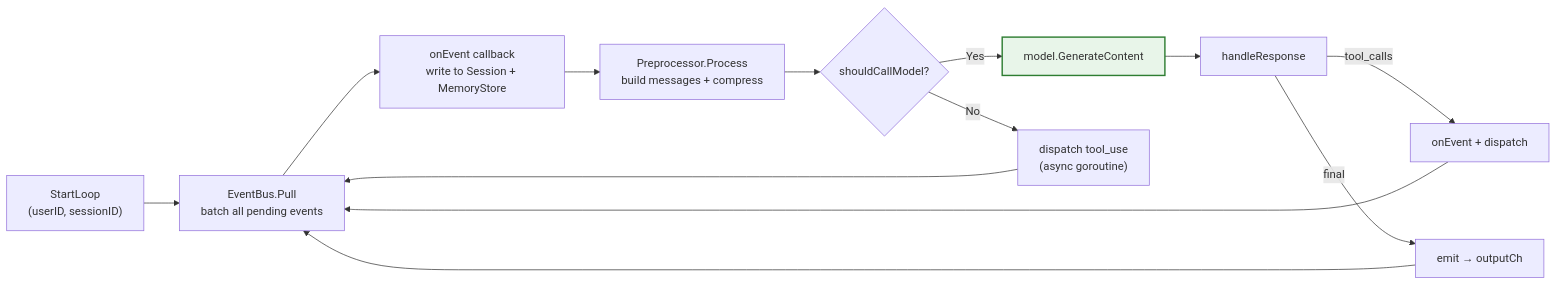
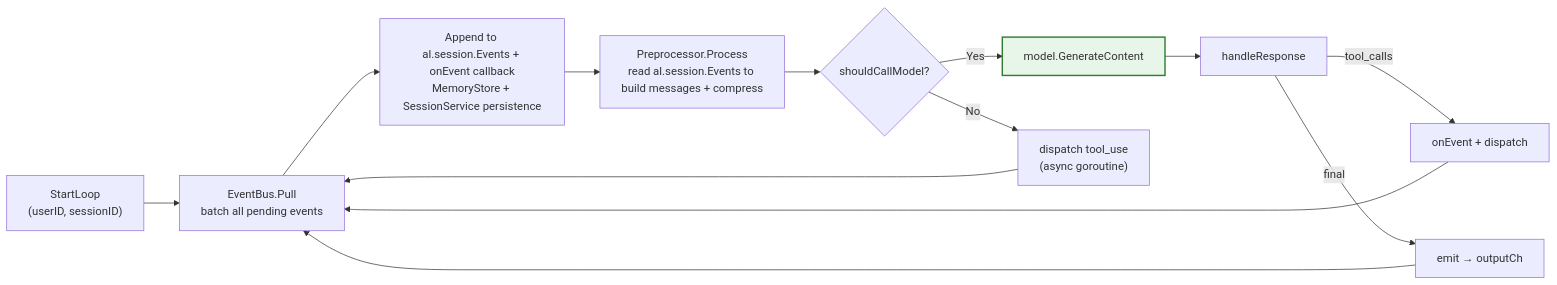
One commit to SpellingDragon/tagent changed the fourth of 8 diagrams in README_EN.md. Above: the diagram before and after it, drawn with Mermaid. The commit also changed other lines of this file and 6 other files, not shown here.

````diff
--- a/README_EN.md
+++ b/README_EN.md
@@ -235,17 +237,17 @@
 ```mermaid
 graph LR
     START["StartLoop<br/>(userID, sessionID)"] --> PULL["EventBus.Pull<br/>batch all pending events"]
-    PULL --> ONEVT["onEvent callback<br/>write to Session + MemoryStore"]
-    ONEVT --> PROC["Preprocessor.Process<br/>build messages + compress"]
+    PULL --> ONEVT["Append to al.session.Events + onEvent callback<br/>MemoryStore + SessionService persistence"]
+    ONEVT --> PROC["Preprocessor.Process<br/>read al.session.Events to build messages + compress"]
     PROC --> MODEL{"shouldCallModel?"}
     MODEL -->|"Yes"| CALL["model.GenerateContent"]
     MODEL -->|"No"| DISPATCH["dispatch tool_use<br/>(async goroutine)"]
     CALL --> RESP["handleResponse"]
     RESP -->|"tool_calls"| ONEVT2["onEvent + dispatch"]
     RESP -->|"final"| EMIT["emit → outputCh"]
     ONEVT2 --> PULL
     EMIT --> PULL
     DISPATCH --> PULL
 
     style CALL fill:#e8f5e9,stroke:#2e7d32,stroke-width:2px
 ```
````
